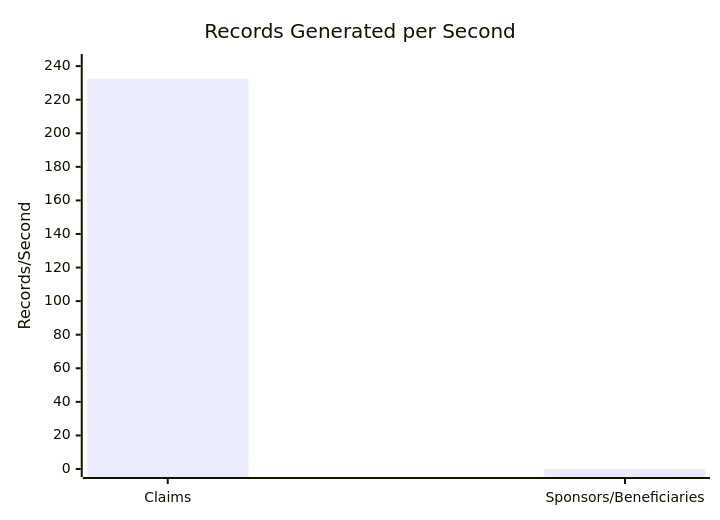
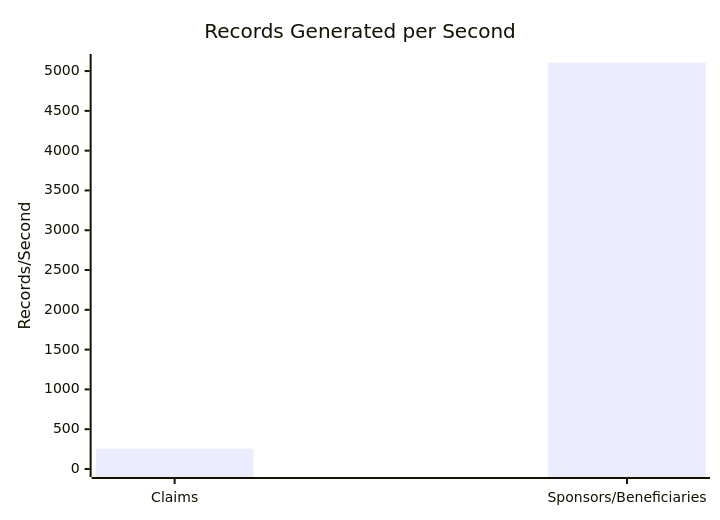
One commit to dhagan-va/intern-2025 changed the first of 11 diagrams in test-tools/DataGen/src/Statistics_Visualizer.md. Above: the diagram before and after it, drawn with Mermaid. The commit also changed other lines of this file and 1 other file, not shown here.

````diff
--- a/test-tools/DataGen/src/Statistics_Visualizer.md
+++ b/test-tools/DataGen/src/Statistics_Visualizer.md
@@ -18,7 +18,7 @@
 ```mermaid
 xychart-beta
     title "Records Generated per Second"
     x-axis ["Claims", "Sponsors/Beneficiaries"]
-    y-axis "Records/Second" 0 --> 242.45002324500234
-    bar [232.45002324500234, 0.0]
+    y-axis "Records/Second" 0 --> 5113.909983572282
+    bar [256.67337953111934, 5103.909983572282]
 ```
````
